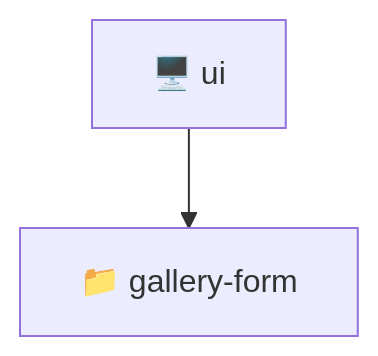
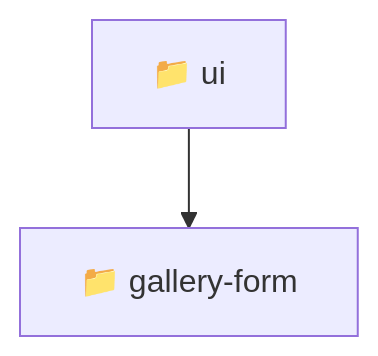
One commit to beginwebdev2002/fullstack-mavluda changed the diagram in frontend/src/pages/gallery/ui/README.md. Above: the diagram before and after it, drawn with Mermaid. The commit also changed other lines of this file and 155 other files, not shown here.

````diff
--- a/frontend/src/pages/gallery/ui/README.md
+++ b/frontend/src/pages/gallery/ui/README.md
@@ -9,5 +11,5 @@
 ```mermaid
 graph TD
-  ui[🖥️ ui]
-  ui --> gallery-form[📁 gallery-form]
+  ui[📁 ui]
+  ui --> ui_gallery_form[📁 gallery-form]
 ```
````
